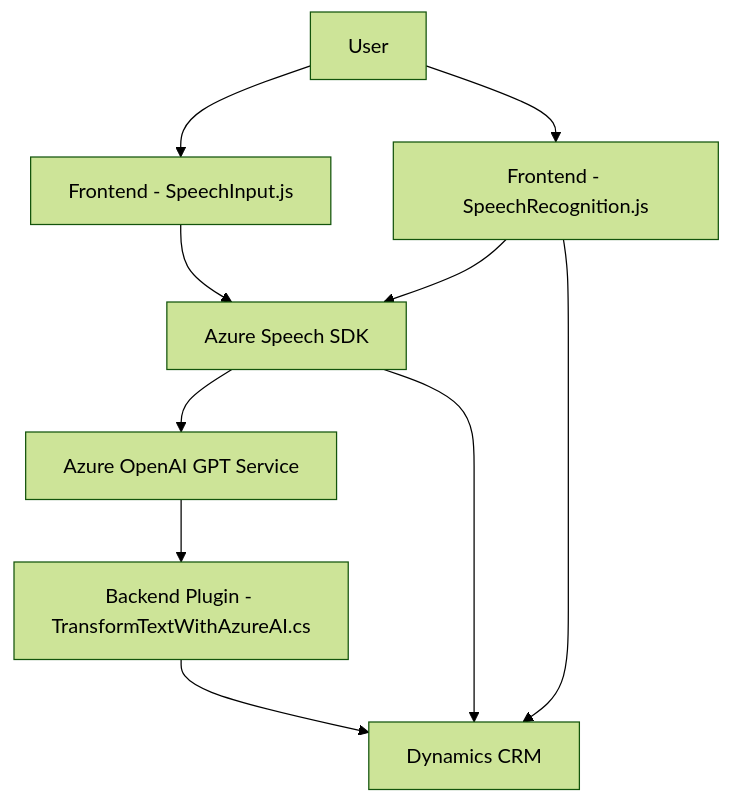
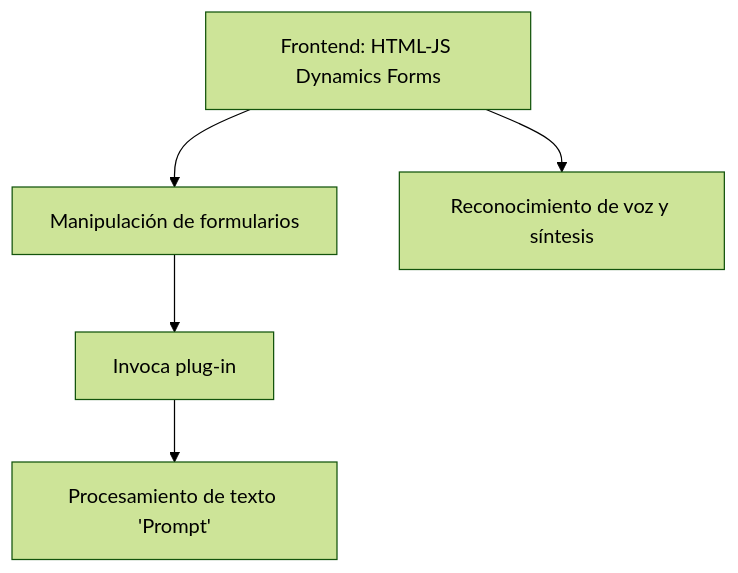
The diagram in README.md (blopezdm/NETCORE_BILBAO2025), drawn with Mermaid (forest theme) before and after one commit. The commit also changed other lines of this file, not shown here.

````diff
--- a/README.md
+++ b/README.md
@@ -51,13 +35,13 @@
 ```mermaid
 graph TD
-    A[User] --> B["Frontend - SpeechInput.js"]
-    A --> C["Frontend - SpeechRecognition.js"]
-    C --> D["Azure Speech SDK"]
-    D --> E["Azure OpenAI GPT Service"]
-    B --> D
+    Frontend["Frontend: HTML-JS Dynamics Forms"]
+    DynamicsAPI["Dynamics CRM Web API"]
+    SpeechSDK["Azure Speech SDK"]
+    OpenAIService["Azure OpenAI Service"]
+    Plugin["TransformText Plugin"]
 
-    E --> F["Backend Plugin - TransformTextWithAzureAI.cs"]
-    F --> G["Dynamics CRM"]
-    D --> G
-    C --> G
+    Frontend --> SpeechSDK["Reconocimiento de voz y síntesis"]
+    Frontend --> DynamicsAPI["Manipulación de formularios"]
+    DynamicsAPI --> Plugin["Invoca plug-in"]
+    Plugin --> OpenAIService["Procesamiento de texto 'Prompt'"]
 ```
````
